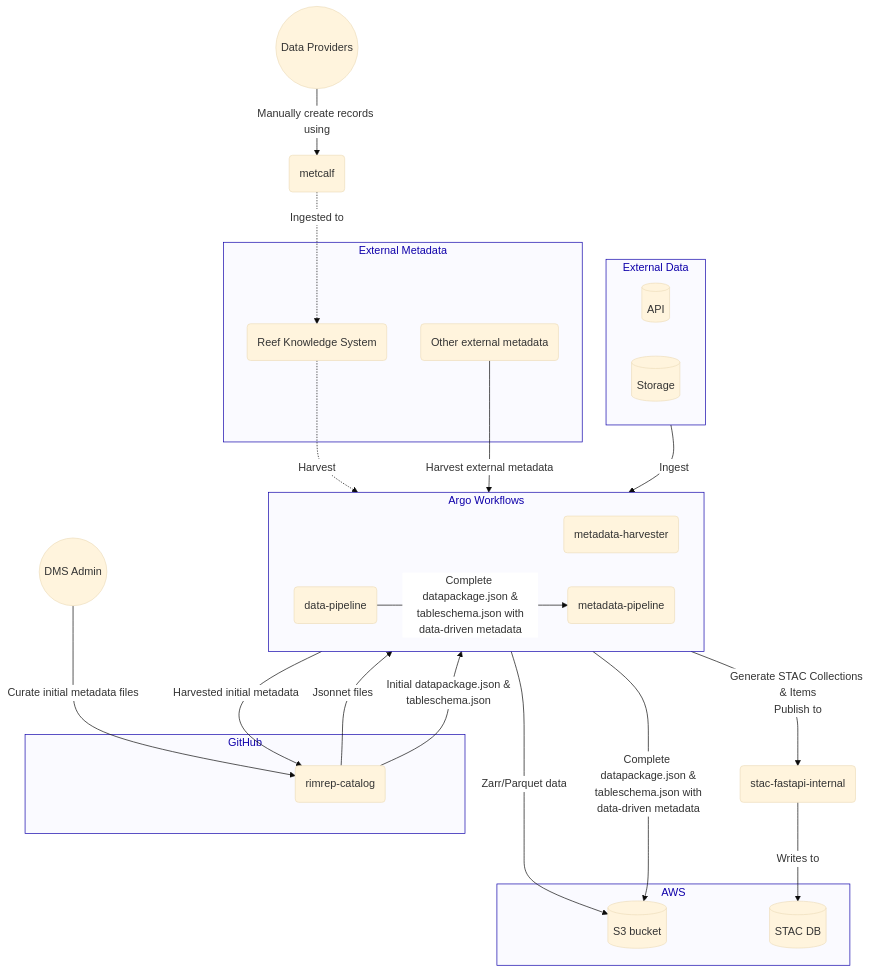
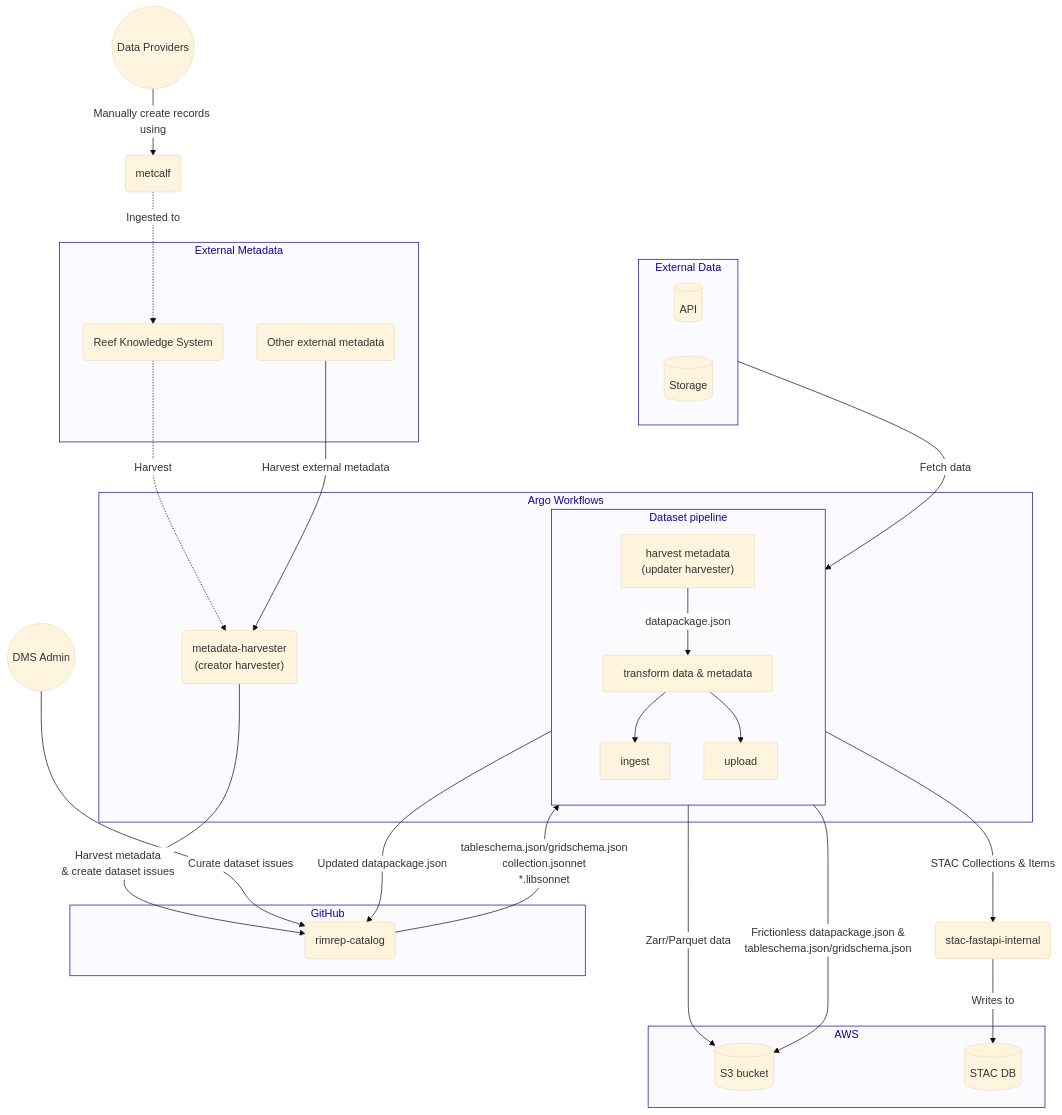
Before and after one commit to gbr-dms/rimrep-documentation: the second of 4 diagrams in docs/architecture/components/metadata-system.md, drawn with Mermaid.

Commit message:
Update Metadata flow chart

````diff
--- a/docs/architecture/components/metadata-system.md
+++ b/docs/architecture/components/metadata-system.md
@@ -106,63 +106,70 @@
 ```mermaid
 %%{
   init: {
     'theme': 'base',
     'themeVariables': {
       'edgeLabelBackground': '#ffffff',
       'tertiaryTextColor': '#0f00aa',
       'clusterBkg': '#fafaff',
       'clusterBorder': '#0f00aa'
     }
   }
 }%%
 
 flowchart TB
   classDef red fill:#ffcccc,stroke:#ff0000;
 
   subgraph github["GitHub"]
     catalog(rimrep-catalog)
   end
 
   subgraph group_external_metadata["External Metadata"]
     rks(Reef Knowledge System)
     external_metadata(Other external metadata)
   end
 
   subgraph group_external_data["External Data"]
     external_data_api[(API)]
     external_data_storage[(Storage)]
   end
 
-  subgraph pipeline["Argo Workflows"]
-    direction LR
-    metadata_harvester(metadata-harvester)
-    metadata_workflow(metadata-pipeline)
-    data_workflow(data-pipeline)
+  subgraph workflows["Argo Workflows"]
+    metadata_harvester("metadata-harvester\n(creator harvester)")
+
+    subgraph pipeline["Dataset pipeline"]
+      direction TB
+      harvest["harvest metadata\n(updater harvester)"]
+      transform[transform data & metadata]
+      ingest[ingest]
+      upload[upload]
+    end
+
   end
 
   subgraph AWS["AWS"]
     s3[(S3 bucket)]
     stac_db[(STAC DB)]
   end
 
   metadata_providers((Data Providers))
   metcalf(metcalf)
   rimrep_admin((DMS Admin))
   stac_fastapi_internal(stac-fastapi-internal)
 
-  group_external_data ~~~ pipeline
+  group_external_data ~~~ workflows
 
   metadata_providers -->|Manually create records using| metcalf
   metcalf  -. Ingested to .-> rks
   rks -. Harvest .-> metadata_harvester
   external_metadata --> |Harvest external metadata| metadata_harvester
-  metadata_harvester --> |Harvested initial metadata|catalog
-  group_external_data -->|Ingest| data_workflow
-  rimrep_admin -->|"Curate initial metadata files"| catalog
-  catalog --> |Jsonnet files| metadata_workflow
-  catalog --> |"Initial datapackage.json &<br> tableschema.json"| data_workflow
-  metadata_workflow -->  |"Generate STAC Collections & Items<br>Publish to"|stac_fastapi_internal
+  metadata_harvester --> |Harvest metadata\n & create dataset issues|catalog
+  group_external_data -->|Fetch data| transform
+  rimrep_admin -->|"Curate dataset issues"| catalog
+  harvest --> |Updated datapackage.json|catalog
+  harvest --> |datapackage.json|transform --> ingest & upload
+  catalog --> |"tableschema.json/gridschema.json\ncollection.jsonnet\n*.libsonnet"| transform
+  ingest -->  |"STAC Collections & Items"|stac_fastapi_internal
   stac_fastapi_internal --> |Writes to| stac_db
-  data_workflow --> |"Zarr/Parquet data"|s3
-  data_workflow --> |"Complete datapackage.json &<br>tableschema.json with<br>data-driven metadata"|metadata_workflow & s3
+  upload --> |"Zarr/Parquet data"|s3
+  upload --> |"Frictionless datapackage.json &\ntableschema.json/gridschema.json"| s3
 ```
````
